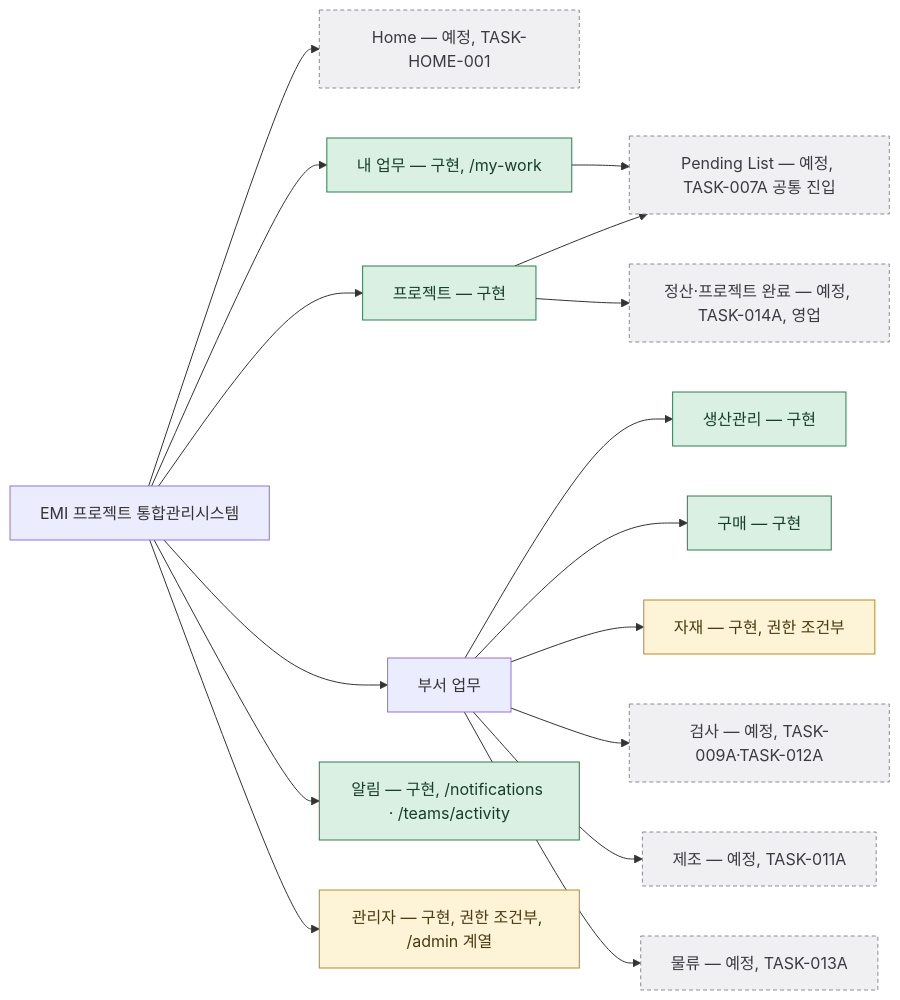
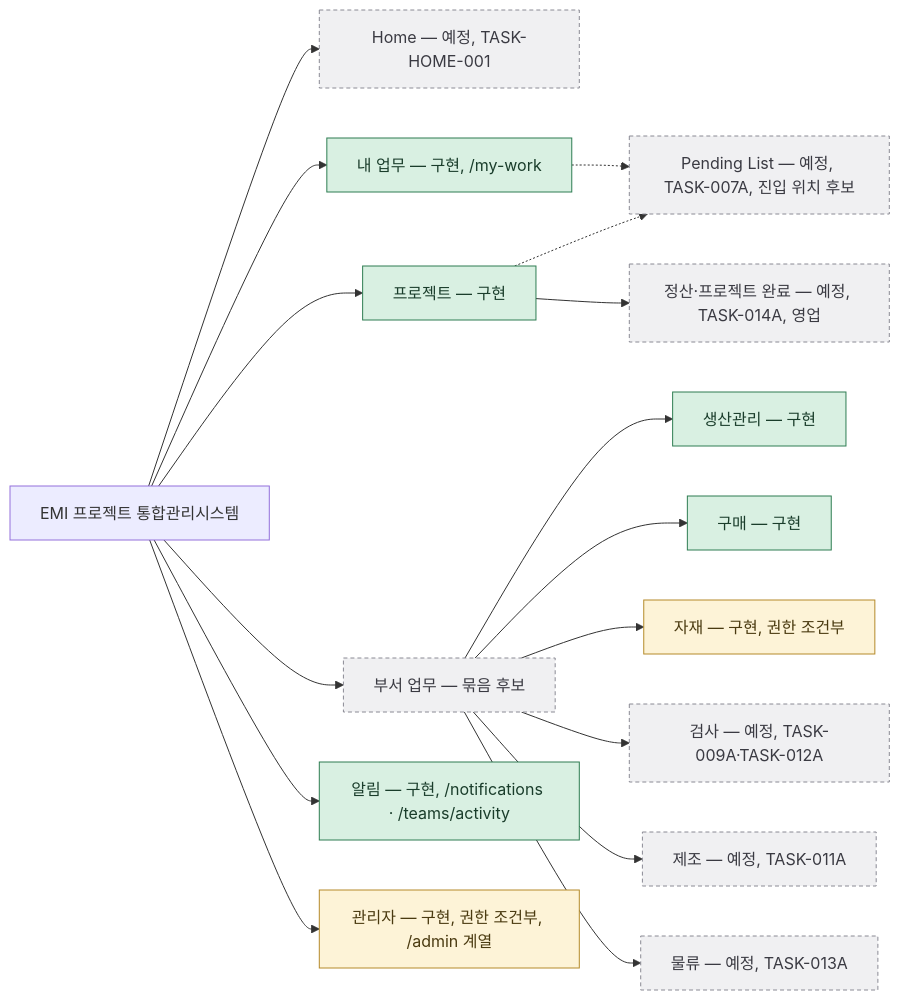
One commit to emisubin/emi-qms changed the third of 3 diagrams in docs/13-user-flow-baseline.md. Above: the diagram before and after it, drawn with Mermaid. The commit also changed other lines of this file and 3 other files, not shown here.

Commit message:
docs(user-flow): redraft personal planning reference

````diff
--- a/docs/13-user-flow-baseline.md
+++ b/docs/13-user-flow-baseline.md
@@ -107,25 +138,25 @@
 ```mermaid
 flowchart LR
     ROOT["EMI 프로젝트 통합관리시스템"] --> HOME["Home — 예정, TASK-HOME-001"]
     ROOT --> MW["내 업무 — 구현, /my-work"]
     ROOT --> PJ["프로젝트 — 구현"]
-    ROOT --> DEPT["부서 업무"]
+    ROOT --> DEPT["부서 업무 — 묶음 후보"]
     ROOT --> NT["알림 — 구현, /notifications · /teams/activity"]
     ROOT --> AD["관리자 — 구현, 권한 조건부, /admin 계열"]
     DEPT --> PP["생산관리 — 구현"]
     DEPT --> PR["구매 — 구현"]
     DEPT --> MT["자재 — 구현, 권한 조건부"]
     DEPT --> QC["검사 — 예정, TASK-009A·TASK-012A"]
     DEPT --> MF["제조 — 예정, TASK-011A"]
     DEPT --> LG["물류 — 예정, TASK-013A"]
-    MW --> PL["Pending List — 예정, TASK-007A 공통 진입"]
-    PJ --> PL
+    MW -.-> PL["Pending List — 예정, TASK-007A, 진입 위치 후보"]
+    PJ -.-> PL
     PJ --> ST["정산·프로젝트 완료 — 예정, TASK-014A, 영업"]
 
     classDef done fill:#d9f0e2,stroke:#2e7d52,color:#1a3d2b
     classDef cond fill:#fdf3d7,stroke:#b58a2a,color:#4a3a10
     classDef planned fill:#f0f0f2,stroke:#8a8a94,color:#3a3a42,stroke-dasharray: 4 3
     class MW,PJ,PP,PR,NT done
     class MT,AD cond
-    class HOME,QC,MF,LG,PL,ST planned
+    class HOME,DEPT,QC,MF,LG,PL,ST planned
 ```
````
